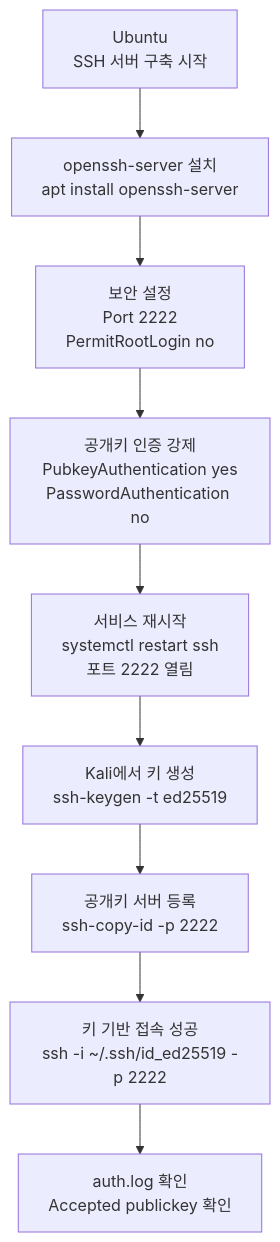
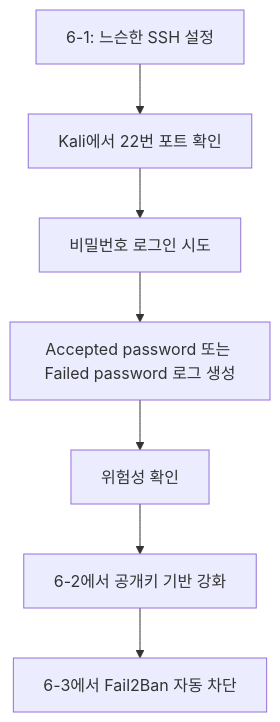
Before and after one commit to sbaek100/sbaek100.github.io: the second of 2 diagrams in _posts/2026-03-26-SecuritySystem-6-1.md, drawn with Mermaid. The commit also changed other lines of this file and 2 other files, not shown here.

Commit message:
Revise SSH security lecture series

````diff
--- a/_posts/2026-03-26-SecuritySystem-6-1.md
+++ b/_posts/2026-03-26-SecuritySystem-6-1.md
@@ -477,11 +342,9 @@
 ```mermaid
 flowchart TD
-    A["Ubuntu<br/>SSH 서버 구축 시작"] --> B["openssh-server 설치<br/>apt install openssh-server"]
-    B --> C["보안 설정<br/>Port 2222<br/>PermitRootLogin no"]
-    C --> D["공개키 인증 강제<br/>PubkeyAuthentication yes<br/>PasswordAuthentication no"]
-    D --> E["서비스 재시작<br/>systemctl restart ssh<br/>포트 2222 열림"]
-    E --> F["Kali에서 키 생성<br/>ssh-keygen -t ed25519"]
-    F --> G["공개키 서버 등록<br/>ssh-copy-id -p 2222"]
-    G --> H["키 기반 접속 성공<br/>ssh -i ~/.ssh/id_ed25519 -p 2222"]
-    H --> I["auth.log 확인<br/>Accepted publickey 확인"]
+    A["6-1: 느슨한 SSH 설정"] --> B["Kali에서 22번 포트 확인"]
+    B --> C["비밀번호 로그인 시도"]
+    C --> D["Accepted password 또는 Failed password 로그 생성"]
+    D --> E["위험성 확인"]
+    E --> F["6-2에서 공개키 기반 강화"]
+    F --> G["6-3에서 Fail2Ban 자동 차단"]
 ```
````
